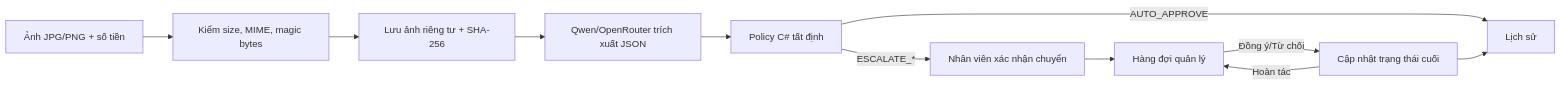
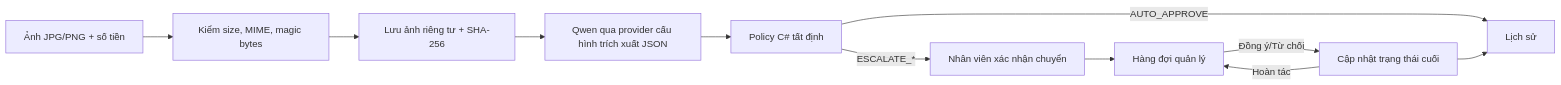
Before and after one commit to BondPhuPhamzZ/AURA: the diagram in AURA/submission/AURA_WORKFLOW_SPEC.md, drawn with Mermaid. The commit also changed other lines of this file and 12 other files, not shown here.

````diff
--- a/AURA/submission/AURA_WORKFLOW_SPEC.md
+++ b/AURA/submission/AURA_WORKFLOW_SPEC.md
@@ -18,13 +18,13 @@
 ```mermaid
 flowchart LR
     A[Ảnh JPG/PNG + số tiền] --> B[Kiểm size, MIME, magic bytes]
     B --> C[Lưu ảnh riêng tư + SHA-256]
-    C --> D[Qwen/OpenRouter trích xuất JSON]
+    C --> D[Qwen qua provider cấu hình trích xuất JSON]
     D --> E[Policy C# tất định]
     E -->|AUTO_APPROVE| F[Lịch sử]
     E -->|ESCALATE_*| G[Nhân viên xác nhận chuyển]
     G --> H[Hàng đợi quản lý]
     H -->|Đồng ý/Từ chối| I[Cập nhật trạng thái cuối]
     I --> F
     I -->|Hoàn tác| H
 ```
````
